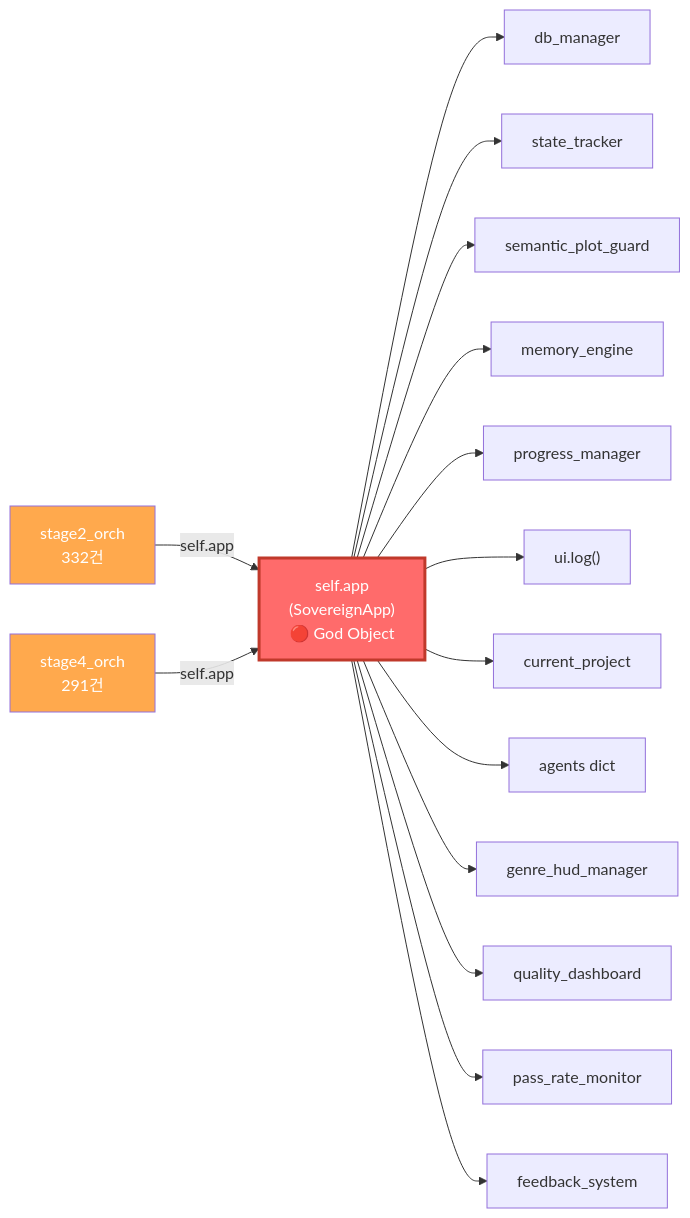
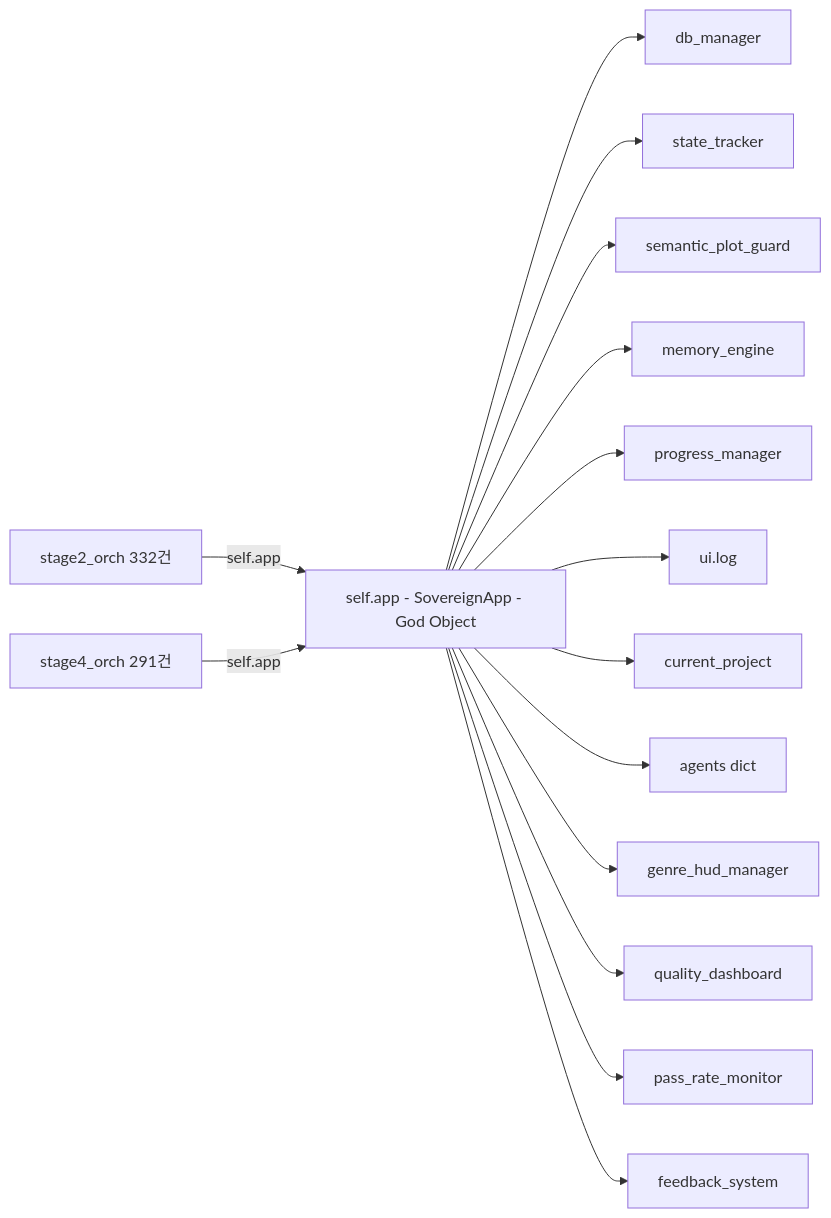
One commit to temppppppppppppppppppppppp/devdev changed the third of 5 diagrams in 참고자료.md. Above: the diagram before and after it, drawn with Mermaid. The commit also changed other lines of this file, not shown here.

Commit message:
fix: Mermaid syntax error 수정 - 이모지/괄호/style 제거

````diff
--- a/참고자료.md
+++ b/참고자료.md
@@ -157,24 +134,20 @@
 ```mermaid
 graph LR
-    APP["self.app\n(SovereignApp)\n🔴 God Object"]
+    APP["self.app - SovereignApp - God Object"]
 
     APP --> DB["db_manager"]
     APP --> ST["state_tracker"]
     APP --> SPG["semantic_plot_guard"]
     APP --> ME["memory_engine"]
     APP --> PR["progress_manager"]
-    APP --> UI_LOG["ui.log()"]
+    APP --> UILOG["ui.log"]
     APP --> PROJ["current_project"]
     APP --> AGENTS["agents dict"]
     APP --> GHM["genre_hud_manager"]
     APP --> QD["quality_dashboard"]
     APP --> PRM["pass_rate_monitor"]
     APP --> FB["feedback_system"]
 
-    S2["stage2_orch\n332건"] -->|"self.app"| APP
-    S4["stage4_orch\n291건"] -->|"self.app"| APP
-
-    style APP fill:#ff6b6b,color:#fff,stroke:#c0392b,stroke-width:3px
-    style S2 fill:#ffa94d,color:#fff
-    style S4 fill:#ffa94d,color:#fff
+    S2["stage2_orch 332건"] -->|"self.app"| APP
+    S4["stage4_orch 291건"] -->|"self.app"| APP
 ```
````
